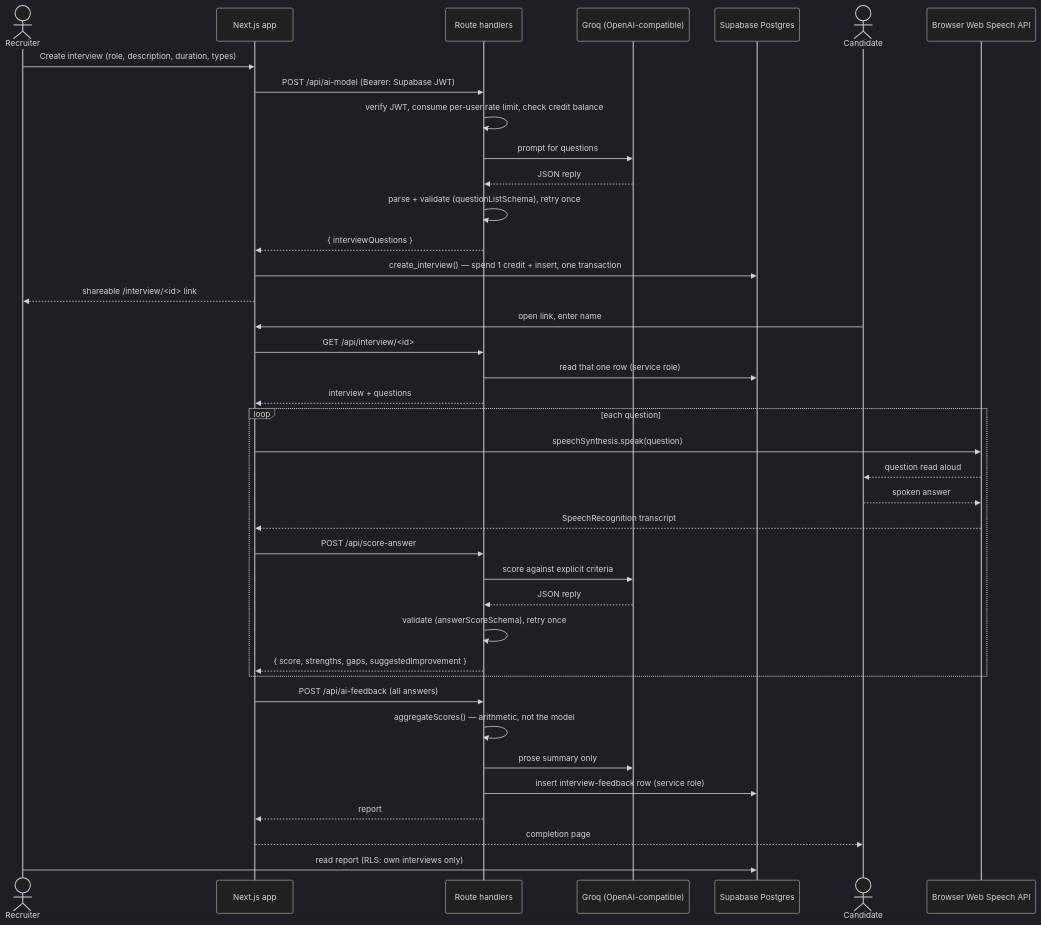
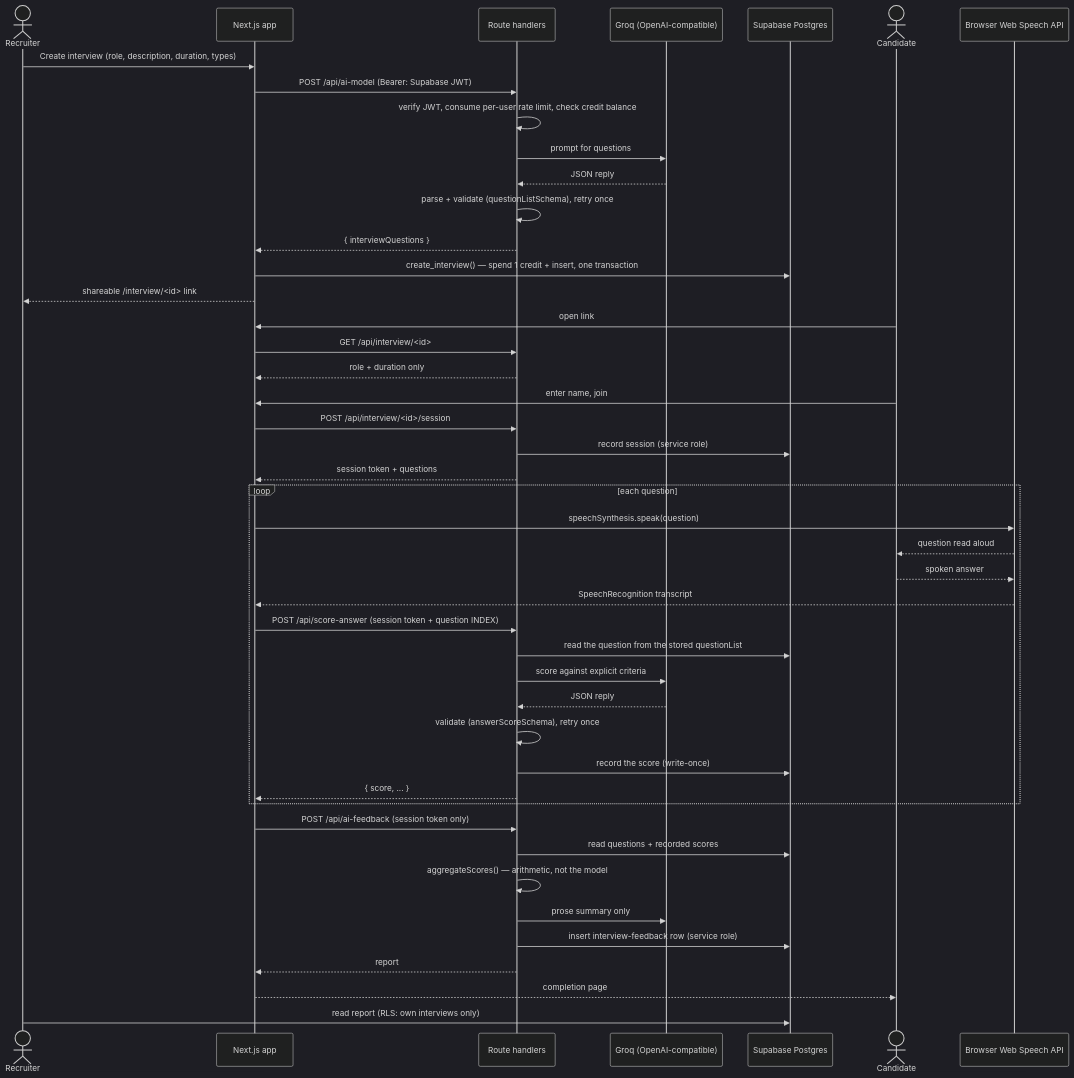
The diagram in README.md (vipinsao/ai-interview-platform), drawn with Mermaid (dark theme) before and after one commit. The commit also changed other lines of this file and 1 other file, not shown here.

Commit message:
docs: describe where a score comes from and why that is the point
The README described the interview flow as though the browser reporting its own
scores were an implementation detail, and DECISIONS was proud of the wrong
property — that the rating arithmetic is deterministic. It is, and determinism
over numbers the candidate chose is a reliably wrong answer. Both now say where
each number comes from, which is the property that was actually missing.

Also documents the fail-open ownership check, the questions that used to be
served to anyone with a link, and `npm run verify:db` with the reason it is not
a CI job.

````diff
--- a/README.md
+++ b/README.md
@@ -55,45 +55,51 @@
 ```mermaid
 sequenceDiagram
     actor R as Recruiter
     participant UI as Next.js app
     participant API as Route handlers
     participant LLM as Groq (OpenAI-compatible)
     participant DB as Supabase Postgres
     actor C as Candidate
     participant WS as Browser Web Speech API
 
     R->>UI: Create interview (role, description, duration, types)
     UI->>API: POST /api/ai-model (Bearer: Supabase JWT)
     API->>API: verify JWT, consume per-user rate limit, check credit balance
     API->>LLM: prompt for questions
     LLM-->>API: JSON reply
     API->>API: parse + validate (questionListSchema), retry once
     API-->>UI: { interviewQuestions }
     UI->>DB: create_interview() — spend 1 credit + insert, one transaction
     UI-->>R: shareable /interview/<id> link
 
-    C->>UI: open link, enter name
+    C->>UI: open link
     UI->>API: GET /api/interview/<id>
-    API->>DB: read that one row (service role)
-    API-->>UI: interview + questions
+    API-->>UI: role + duration only
+    C->>UI: enter name, join
+    UI->>API: POST /api/interview/<id>/session
+    API->>DB: record session (service role)
+    API-->>UI: session token + questions
 
     loop each question
         UI->>WS: speechSynthesis.speak(question)
         WS-->>C: question read aloud
         C-->>WS: spoken answer
         WS-->>UI: SpeechRecognition transcript
-        UI->>API: POST /api/score-answer
+        UI->>API: POST /api/score-answer (session token + question INDEX)
+        API->>DB: read the question from the stored questionList
         API->>LLM: score against explicit criteria
         LLM-->>API: JSON reply
         API->>API: validate (answerScoreSchema), retry once
-        API-->>UI: { score, strengths, gaps, suggestedImprovement }
+        API->>DB: record the score (write-once)
+        API-->>UI: { score, ... }
     end
 
-    UI->>API: POST /api/ai-feedback (all answers)
+    UI->>API: POST /api/ai-feedback (session token only)
+    API->>DB: read questions + recorded scores
     API->>API: aggregateScores() — arithmetic, not the model
     API->>LLM: prose summary only
     API->>DB: insert interview-feedback row (service role)
     API-->>UI: report
     UI-->>C: completion page
     R->>DB: read report (RLS: own interviews only)
 ```
````
